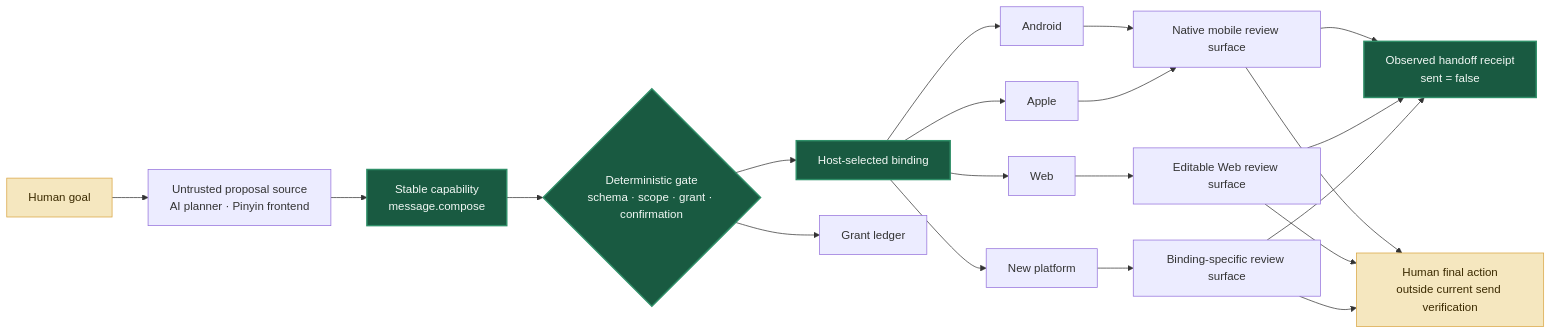
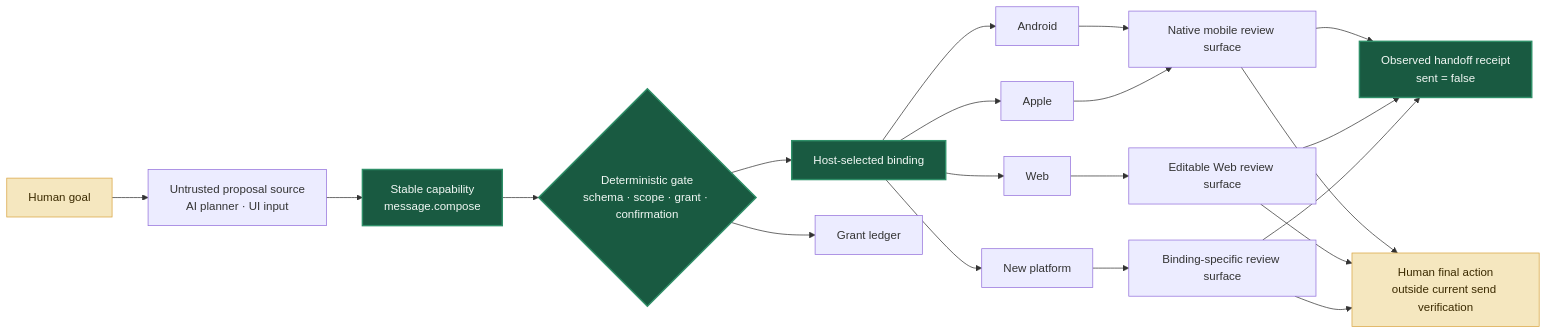
One commit to yifangjinxing-hash/jidan changed the diagram in README.md. Above: the diagram before and after it, drawn with Mermaid. The commit also changed other lines of this file and 23 other files, not shown here.

Commit message:
Add Nine Lights conformance spike and freeze Pinyin frontend

````diff
--- a/README.md
+++ b/README.md
@@ -101,27 +111,27 @@
 ```mermaid
 flowchart LR
-    H["Human goal"] --> P["Untrusted proposal source<br/>AI planner · Pinyin frontend"]
+    H["Human goal"] --> P["Untrusted proposal source<br/>AI planner · UI input"]
     P --> C["Stable capability<br/>message.compose"]
     C --> G{"Deterministic gate<br/>schema · scope · grant · confirmation"}
     G --> R["Host-selected binding"]
     R --> A["Android"]
     R --> I["Apple"]
     R --> W["Web"]
     R --> N["New platform"]
     A --> M["Native mobile review surface"]
     I --> M
     W --> E["Editable Web review surface"]
     N --> S["Binding-specific review surface"]
     M --> Q["Observed handoff receipt<br/>sent = false"]
     E --> Q
     S --> Q
     M --> X["Human final action<br/>outside current send verification"]
     E --> X
     S --> X
     G --> L["Grant ledger"]
 
     classDef core fill:#195A41,color:#F2F8F5,stroke:#2F8F68,stroke-width:2px;
     classDef human fill:#F5E7BF,color:#3B2A00,stroke:#D9A441;
     class C,G,R,Q core;
     class H,X human;
 ```
````
